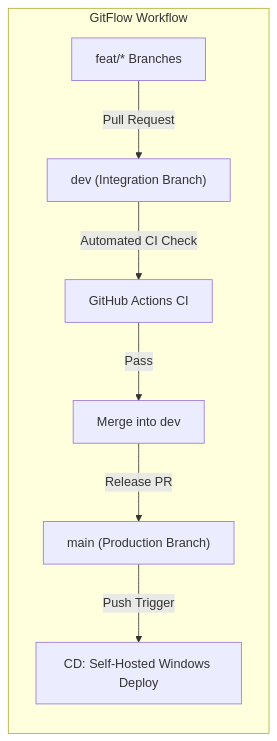
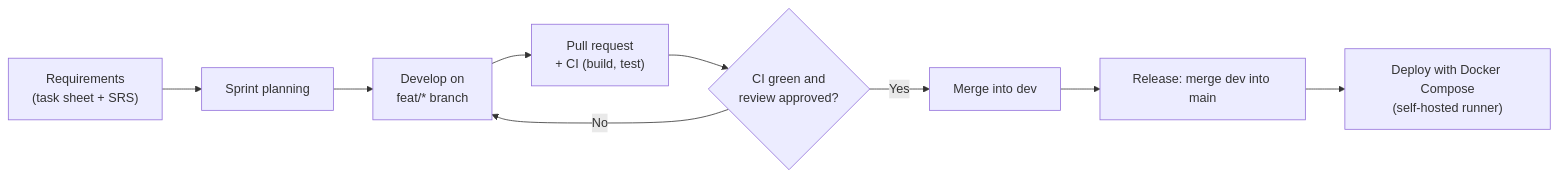
Before and after one commit to Phu0312/VeggiePal-Microservice: the first of 33 diagrams in docs/REPORT7_FINAL_PROJECT_REPORT.md, drawn with Mermaid. The commit also changed other lines of this file and 2 other files, not shown here.

````diff
--- a/docs/REPORT7_FINAL_PROJECT_REPORT.md
+++ b/docs/REPORT7_FINAL_PROJECT_REPORT.md
@@ -269,10 +464,11 @@
 ```mermaid
 flowchart LR
-    subgraph GitFlow["GitFlow Workflow"]
-        Feature["feat/* Branches"] -->|Pull Request| Dev["dev (Integration Branch)"]
-        Dev -->|Automated CI Check| CI["GitHub Actions CI"]
-        CI -->|Pass| MergeDev["Merge into dev"]
-        MergeDev -->|Release PR| Main["main (Production Branch)"]
-        Main -->|Push Trigger| Deploy["CD: Self-Hosted Windows Deploy"]
-    end
+    A["Requirements<br/>(task sheet + SRS)"] --> B["Sprint planning"]
+    B --> C["Develop on<br/>feat/* branch"]
+    C --> D["Pull request<br/>+ CI (build, test)"]
+    D --> E{"CI green and<br/>review approved?"}
+    E -- "No" --> C
+    E -- "Yes" --> F["Merge into dev"]
+    F --> G["Release: merge dev into main"]
+    G --> H["Deploy with Docker Compose<br/>(self-hosted runner)"]
 ```
````
